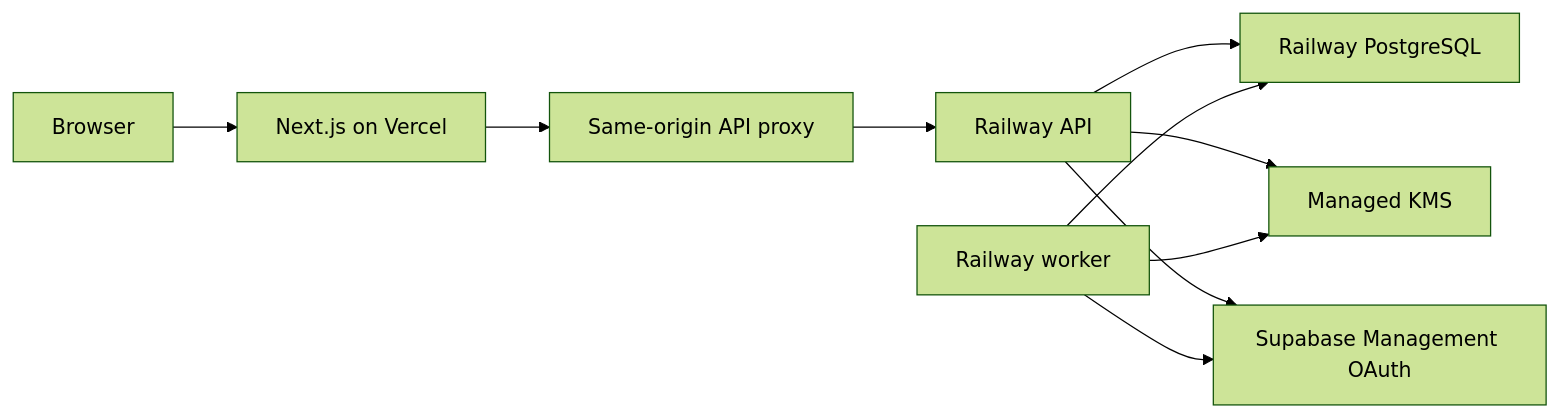
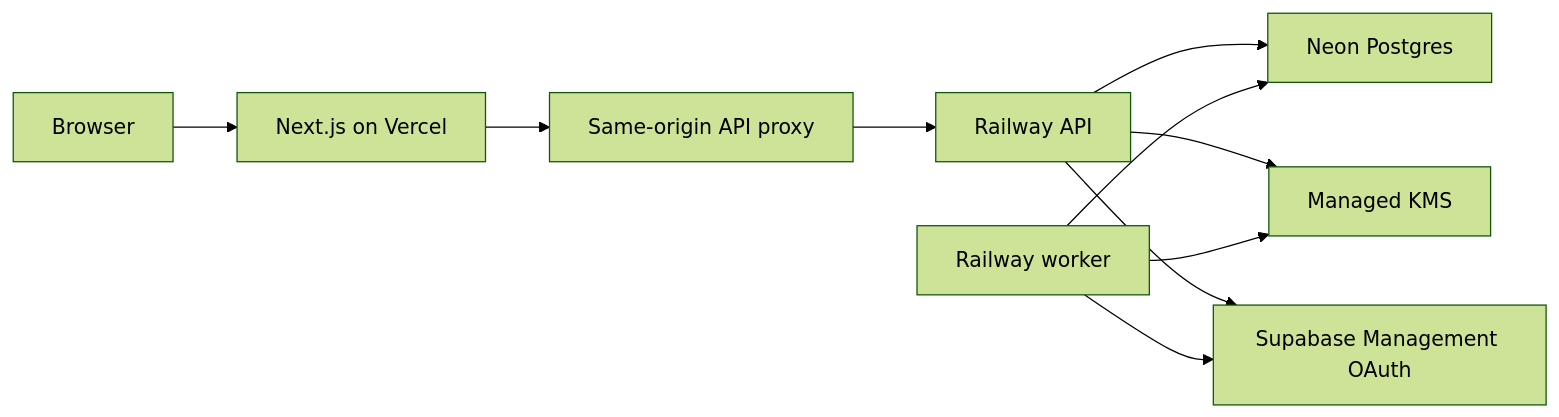
Before and after one commit to krishna0605/supabase-harbor: the diagram in docs/cloud-roadmap.md, drawn with Mermaid (forest theme). The commit also changed other lines of this file and 11 other files, not shown here.

````diff
--- a/docs/cloud-roadmap.md
+++ b/docs/cloud-roadmap.md
@@ -9,12 +9,12 @@
 ```mermaid
 flowchart LR
   Browser["Browser"] --> Web["Next.js on Vercel"]
   Web --> Proxy["Same-origin API proxy"]
   Proxy --> API["Railway API"]
-  API --> DB["Railway PostgreSQL"]
+  API --> DB["Neon Postgres"]
   API --> KMS["Managed KMS"]
   API --> OAuth["Supabase Management OAuth"]
   Worker["Railway worker"] --> DB
   Worker --> KMS
   Worker --> OAuth
 ```
````
